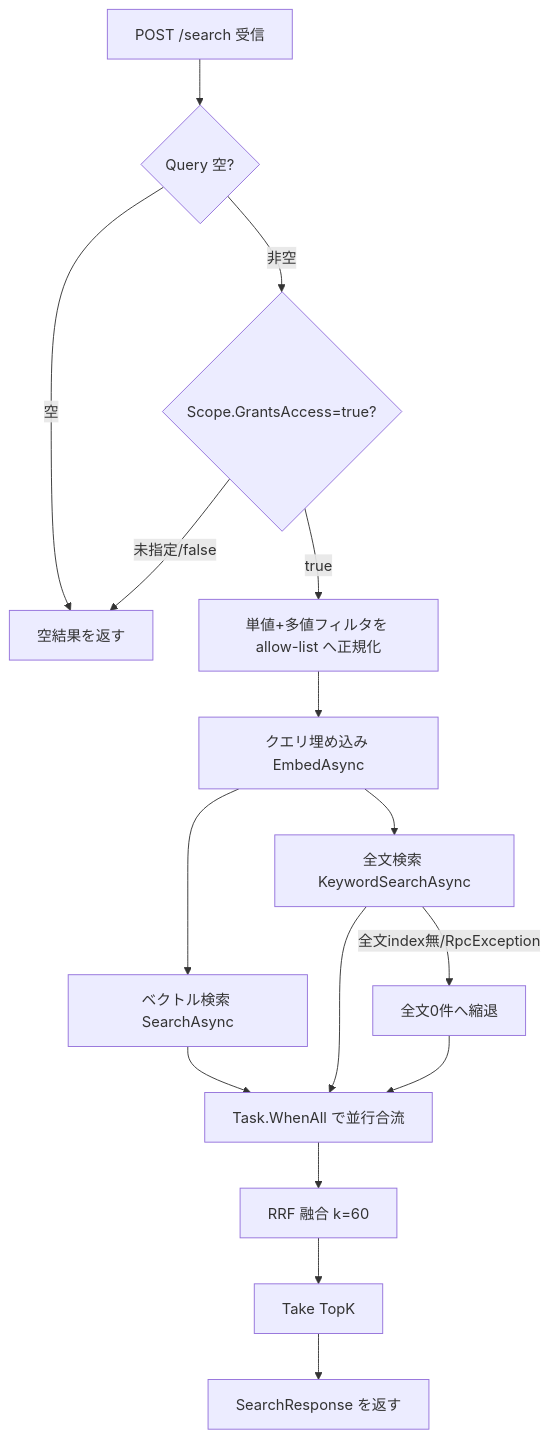
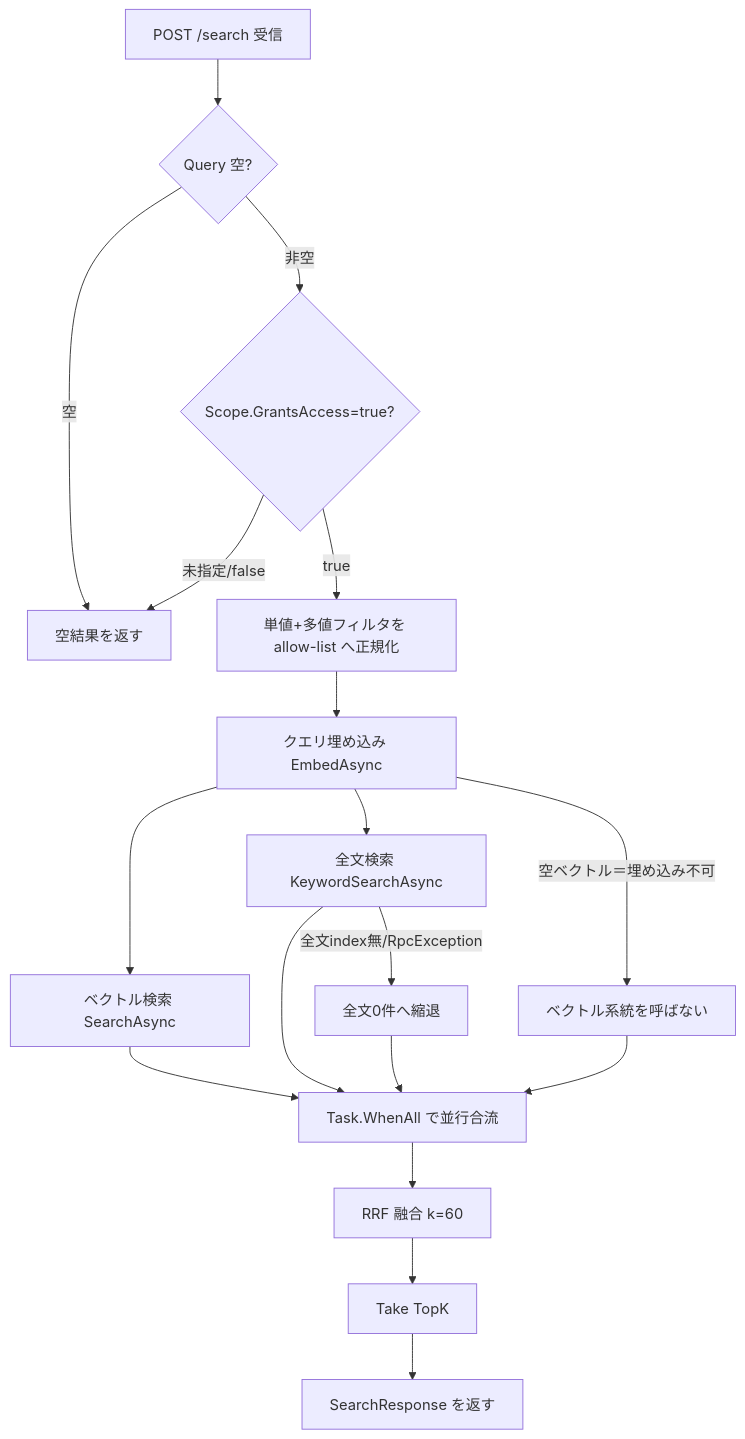
The diagram in docs/functional/FR-03_hybrid-search.md (endazon/microservices-platform), drawn with Mermaid before and after one commit. The commit also changed other lines of this file and 670 other files, not shown here.

````diff
--- a/docs/functional/FR-03_hybrid-search.md
+++ b/docs/functional/FR-03_hybrid-search.md
@@ -58,18 +58,20 @@
 ```mermaid
 flowchart TD
   A[POST /search 受信] --> B{Query 空?}
   B -->|空| Z[空結果を返す]
   B -->|非空| C{Scope.GrantsAccess=true?}
   C -->|未指定/false| Z
   C -->|true| D[単値+多値フィルタを allow-list へ正規化]
   D --> E[クエリ埋め込み EmbedAsync]
   E --> F[ベクトル検索 SearchAsync]
   E --> G[全文検索 KeywordSearchAsync]
   F --> H[Task.WhenAll で並行合流]
   G --> H
   H --> I[RRF 融合 k=60]
   I --> J[Take TopK]
   J --> K[SearchResponse を返す]
   G -->|全文index無/RpcException| L[全文0件へ縮退]
   L --> H
+  E -->|空ベクトル＝埋め込み不可| M[ベクトル系統を呼ばない]
+  M --> H
 ```
````
